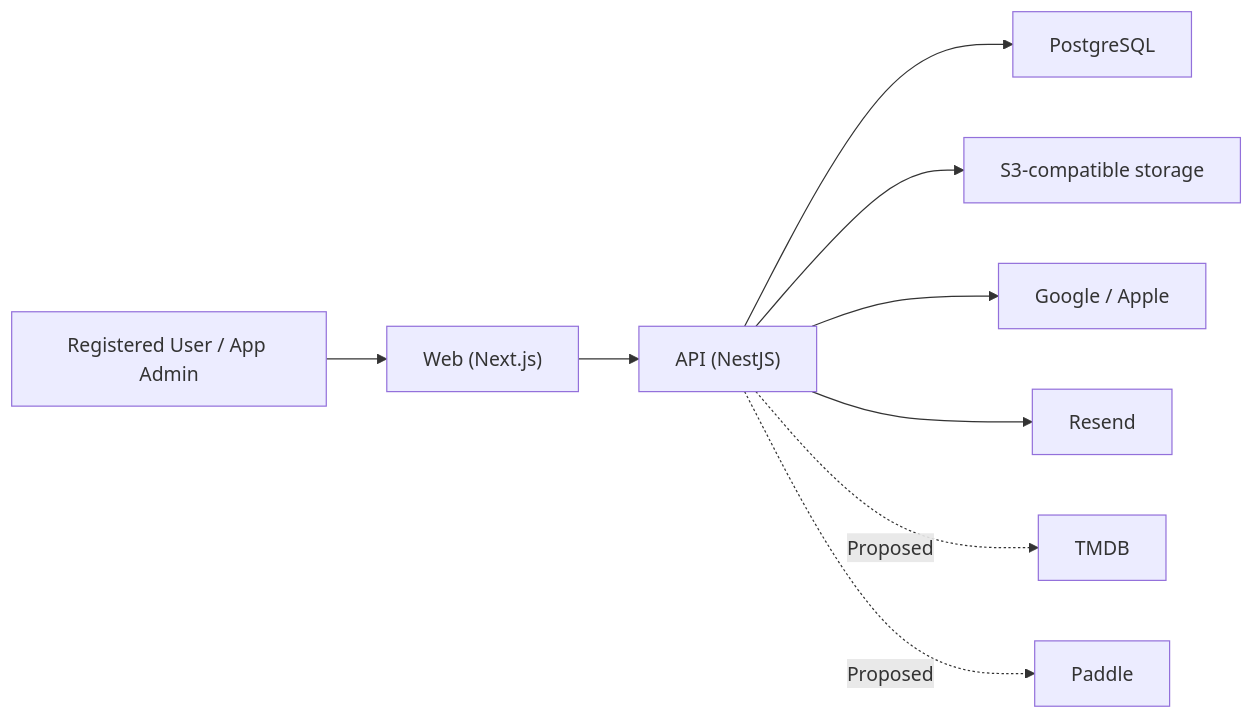
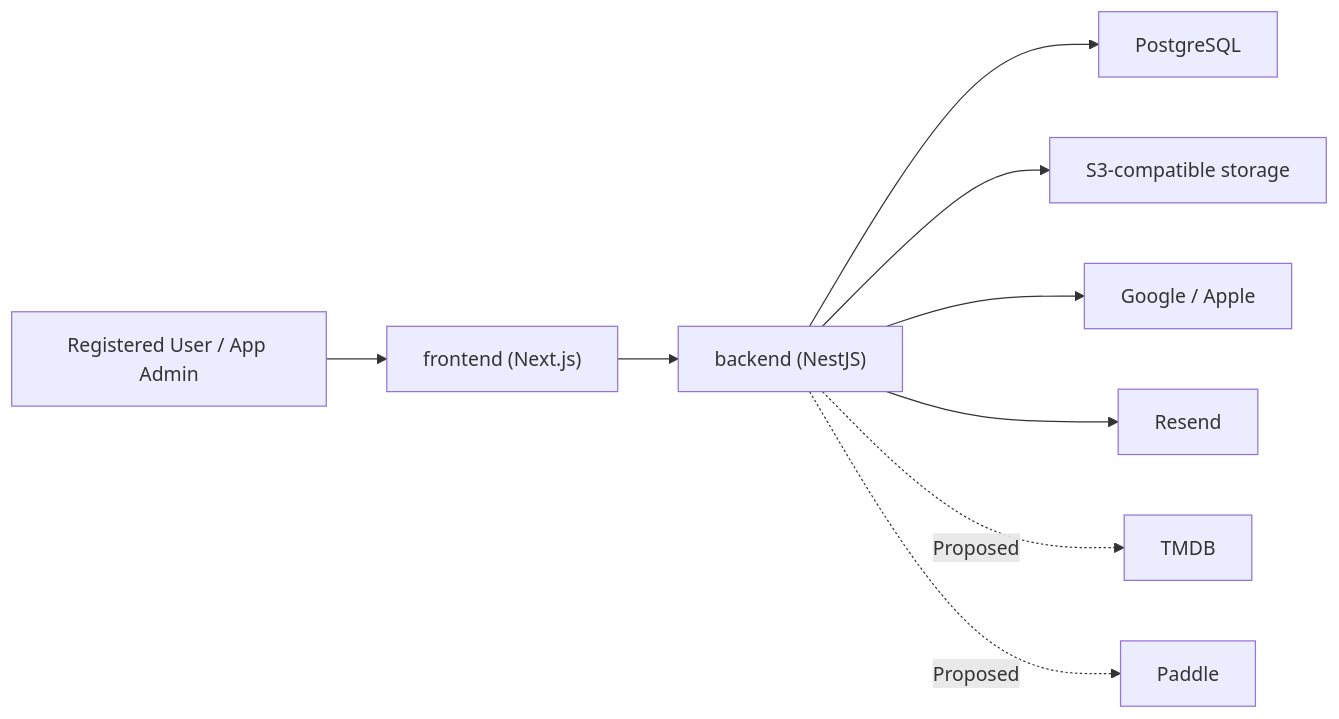
One commit to Shagon1k/PickFlick changed the diagram in ARCHITECTURE.md. Above: the diagram before and after it, drawn with Mermaid. The commit also changed other lines of this file and 12 other files, not shown here.

````diff
--- a/ARCHITECTURE.md
+++ b/ARCHITECTURE.md
@@ -24,11 +24,11 @@
 ```mermaid
 flowchart LR
-  User["Registered User / App Admin"] --> Web["Web (Next.js)"]
-  Web --> API["API (NestJS)"]
+  User["Registered User / App Admin"] --> Frontend["frontend (Next.js)"]
+  Frontend --> API["backend (NestJS)"]
   API --> DB["PostgreSQL"]
   API --> Objects["S3-compatible storage"]
   API --> OAuth["Google / Apple"]
   API --> Email["Resend"]
   API -. Proposed .-> TMDB["TMDB"]
   API -. Proposed .-> Paddle["Paddle"]
 ```
````
